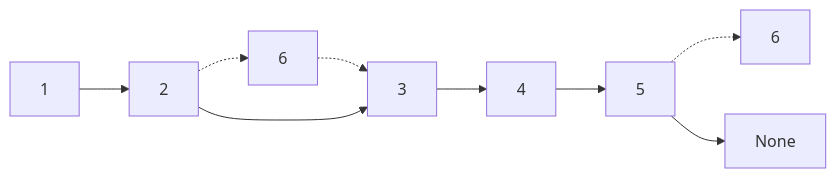
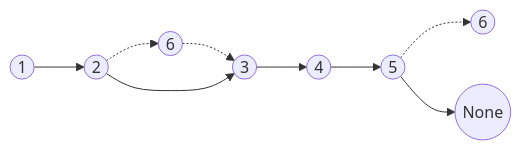
Before and after one commit to russhustle/leetpattern: the second of 8 diagrams in docs/leetpattern/linked_list.md, drawn with Mermaid. The commit also changed other lines of this file and 36 other files, not shown here.

````diff
--- a/docs/leetpattern/linked_list.md
+++ b/docs/leetpattern/linked_list.md
@@ -26,11 +26,11 @@
 ```mermaid
 graph LR
-A[1] --> B[2]
-B -.-> C[6]
-C -.-> D[3]
-D --> E[4]
-E --> F[5]
-F -.-> G[6]
-B --> D[3]
-F --> I[None]
+A((1)) --> B((2))
+B -.-> C((6))
+C -.-> D((3))
+D --> E((4))
+E --> F((5))
+F -.-> G((6))
+B --> D((3))
+F --> I((None))
 ```
````
